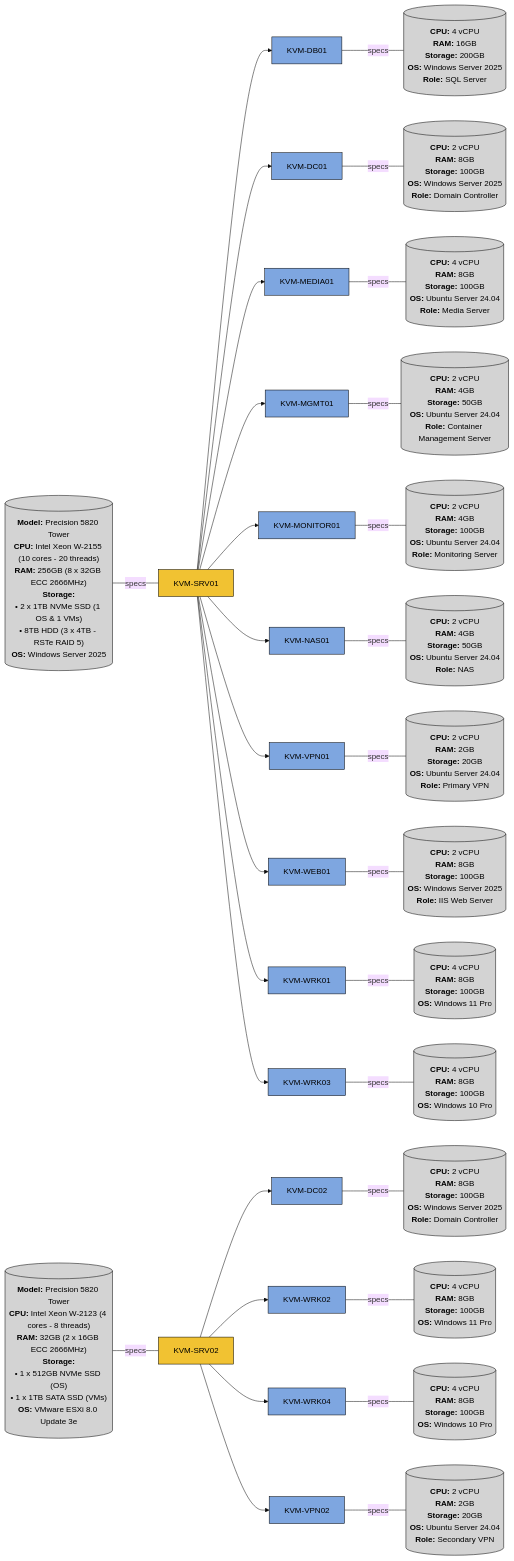
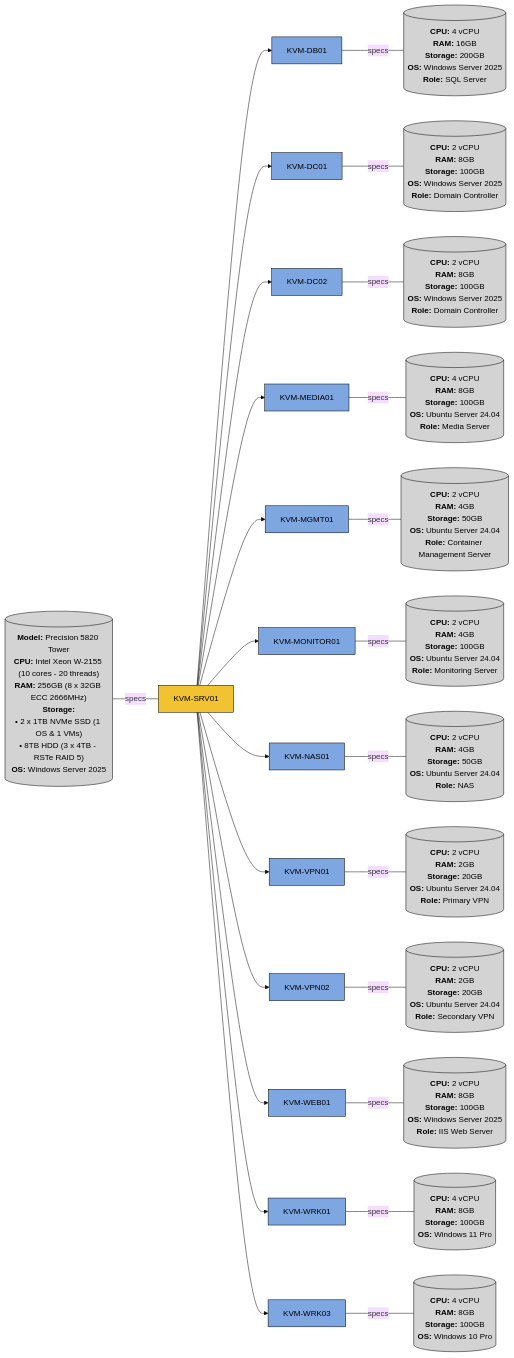
The diagram in README.md (khangvum/homelab-ansible-config), drawn with Mermaid (base theme) before and after one commit. The commit also changed 1 other file, not shown here.

Commit message:
refactor: migrated KVM-DC02 and KVM-VPN02 to KVM-SRV01

````diff
--- a/README.md
+++ b/README.md
@@ -30,6 +30,11 @@
                                                       **OS:** Windows Server 2025
                                                       **Role:** SQL Server`")]
   SRV01 --> DC01[KVM-DC01] -- specs --- DC01_SPECS[("`**CPU:** 2 vCPU
+                                                      **RAM:** 8GB
+                                                      **Storage:** 100GB
+                                                      **OS:** Windows Server 2025
+                                                      **Role:** Domain Controller`")]
+  SRV01 --> DC02[KVM-DC02] -- specs --- DC02_SPECS[("`**CPU:** 2 vCPU
                                                       **RAM:** 8GB
                                                       **Storage:** 100GB
                                                       **OS:** Windows Server 2025
@@ -59,6 +64,11 @@
                                                         **Storage:** 20GB
                                                         **OS:** Ubuntu Server 24.04
                                                         **Role:** Primary VPN`")]
+  SRV01 --> VPN02[KVM-VPN02] -- specs --- VPN02_SPECS[("`**CPU:** 2 vCPU
+                                                        **RAM:** 2GB
+                                                        **Storage:** 20GB
+                                                        **OS:** Ubuntu Server 24.04
+                                                        **Role:** Secondary VPN`")]
   SRV01 --> WEB01[KVM-WEB01] -- specs --- WEB01_SPECS[("`**CPU:** 2 vCPU
                                                         **RAM:** 8GB
                                                         **Storage:** 100GB
@@ -72,42 +82,13 @@
                                                         **RAM:** 8GB
                                                         **Storage:** 100GB
                                                         **OS:** Windows 10 Pro`")]
-
-  %% 2. KVM-SRV02
-  %% - Host
-  SRV02_SPECS[("`**Model:** Precision 5820 Tower
-                **CPU:** Intel Xeon W-2123 (4 cores - 8 threads)
-                **RAM:** 32GB (2 x 16GB ECC 2666MHz)
-                **Storage:**
-                • 1 x 512GB NVMe SSD (OS)
-                • 1 x 1TB SATA SSD (VMs)
-                **OS:** VMware ESXi 8.0 Update 3e`")] -- specs --- SRV02[KVM-SRV02]
-
-  %% - VMs
-  SRV02 --> DC02[KVM-DC02] -- specs --- DC02_SPECS[("`**CPU:** 2 vCPU
-                                                      **RAM:** 8GB
-                                                      **Storage:** 100GB
-                                                      **OS:** Windows Server 2025
-                                                      **Role:** Domain Controller`")]
-  SRV02 --> WRK02[KVM-WRK02] -- specs --- WRK02_SPECS[("`**CPU:** 4 vCPU
-                                                        **RAM:** 8GB
-                                                        **Storage:** 100GB
-                                                        **OS:** Windows 11 Pro`")]
-  SRV02 --> WRK04[KVM-WRK04] -- specs --- WRK04_SPECS[("`**CPU:** 4 vCPU
-                                                        **RAM:** 8GB
-                                                        **Storage:** 100GB
-                                                        **OS:** Windows 10 Pro`")]
-  SRV02 --> VPN02[KVM-VPN02] -- specs --- VPN02_SPECS[("`**CPU:** 2 vCPU
-                                                        **RAM:** 2GB
-                                                        **Storage:** 20GB
-                                                        **OS:** Ubuntu Server 24.04
-                                                        **Role:** Secondary VPN`")]
+  
 
   %% Styling
-  class SRV01,SRV02 hosts
+  class SRV01 hosts
   classDef hosts fill:#f1c232,stroke:#000,color:#000
   class DB01,DC01,DC02,MEDIA01,MGMT01,MONITOR01,NAS01,VPN01,VPN02,WEB01,WRK01,WRK02,WRK03,WRK04 vms
   classDef vms fill:#7ea6e0,stroke:#000,color:#000
-  class SRV01_SPECS,SRV02_SPECS,DB01_SPECS,DC01_SPECS,DC02_SPECS,MEDIA01_SPECS,MGMT01_SPECS,MONITOR01_SPECS,NAS01_SPECS,VPN01_SPECS,VPN02_SPECS,WEB01_SPECS,WRK01_SPECS,WRK02_SPECS,WRK03_SPECS,WRK04_SPECS specs
+  class SRV01_SPECS,DB01_SPECS,DC01_SPECS,DC02_SPECS,MEDIA01_SPECS,MGMT01_SPECS,MONITOR01_SPECS,NAS01_SPECS,VPN01_SPECS,VPN02_SPECS,WEB01_SPECS,WRK01_SPECS,WRK02_SPECS,WRK03_SPECS,WRK04_SPECS specs
   classDef specs fill:#d3d3d3,stroke:#000,color:#000
 ```
````
